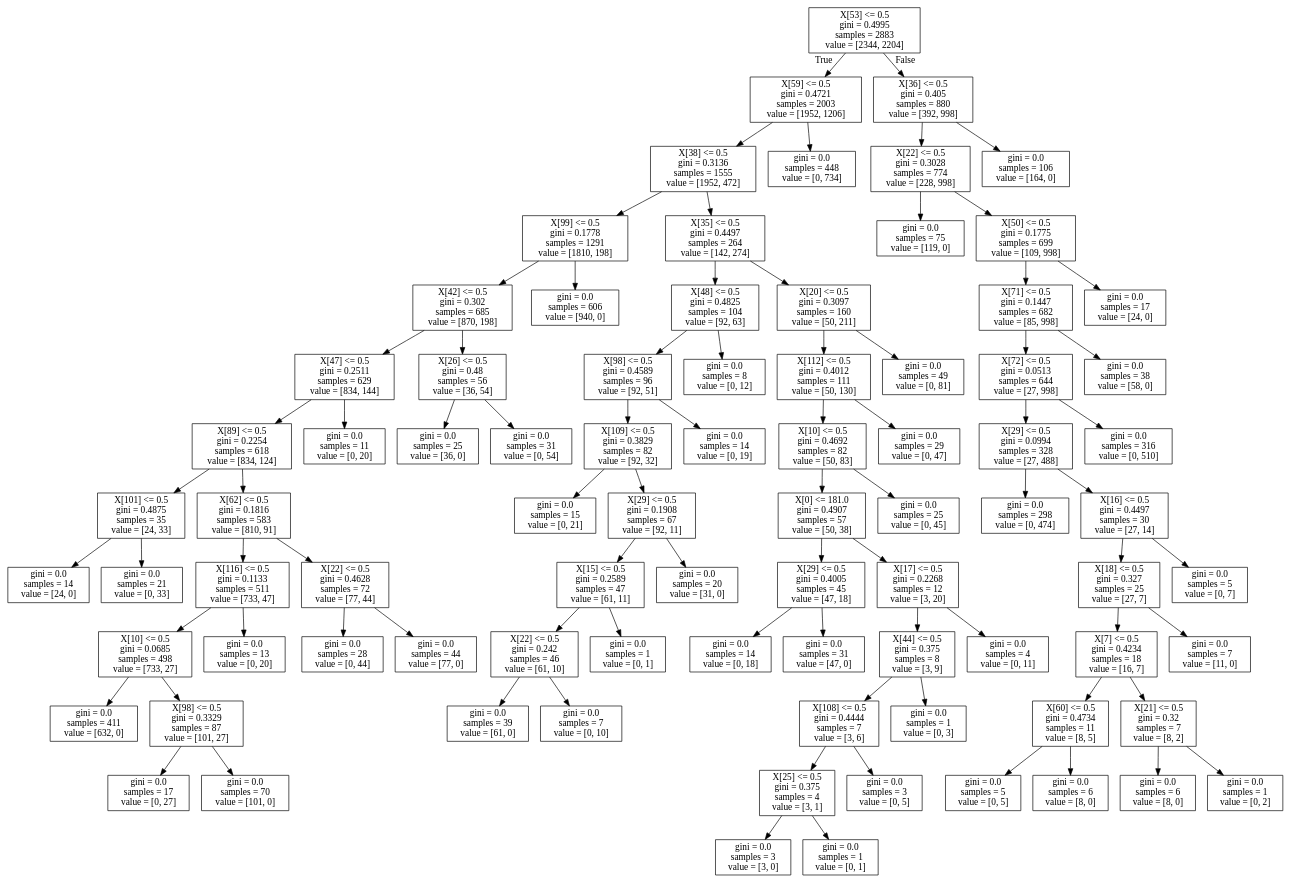
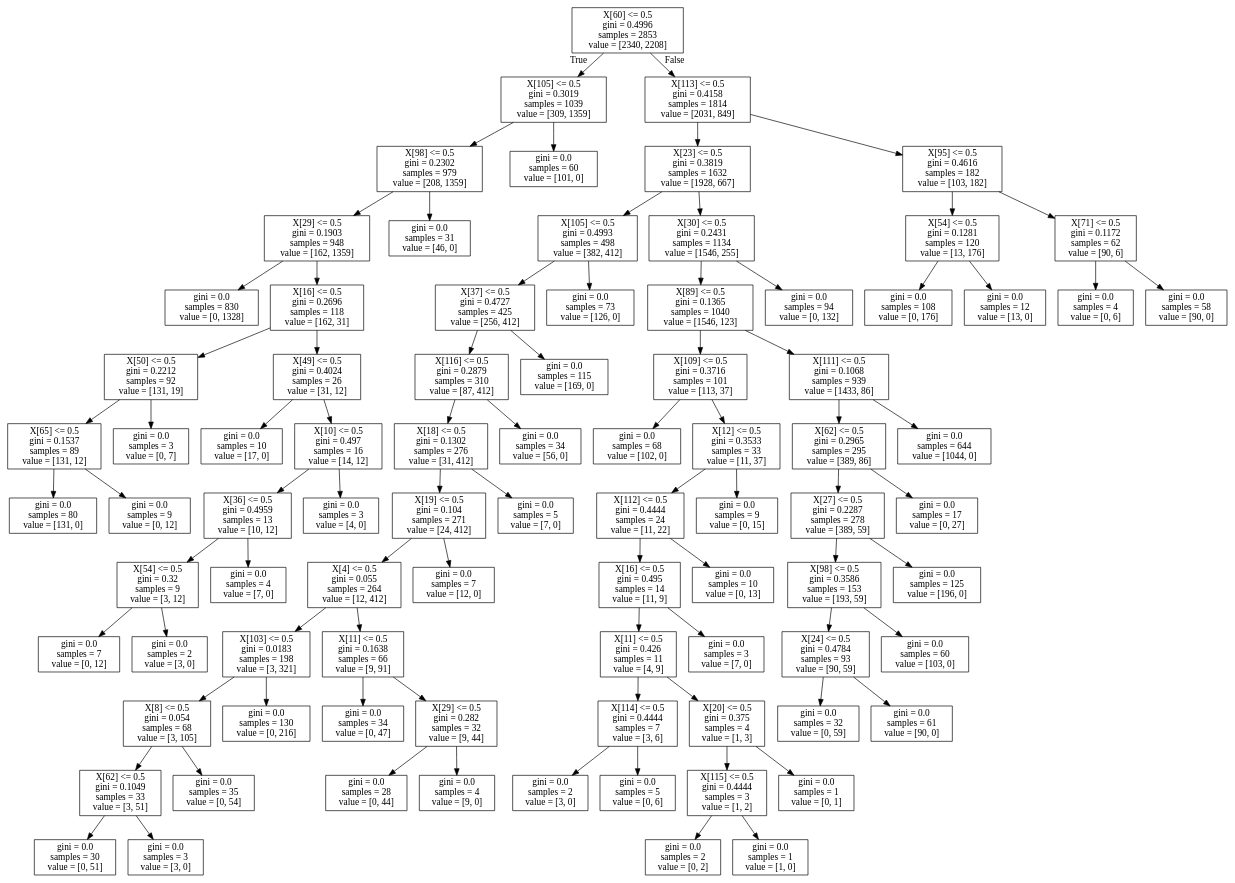
The diagram in tree_1.dot (CaptainDredge/DSG-Entry-Data-Science-Competition), drawn with Graphviz before and after one commit. The commit also changed 18 other files, not shown here.

```diff
--- a/tree_1.dot
+++ b/tree_1.dot
@@ -1,168 +1,172 @@
 digraph Tree {
 node [shape=box] ;
-0 [label="X[53] <= 0.5\ngini = 0.4995\nsamples = 2883\nvalue = [2344, 2204]"] ;
-1 [label="X[59] <= 0.5\ngini = 0.4721\nsamples = 2003\nvalue = [1952, 1206]"] ;
+0 [label="X[60] <= 0.5\ngini = 0.4996\nsamples = 2853\nvalue = [2340, 2208]"] ;
+1 [label="X[105] <= 0.5\ngini = 0.3019\nsamples = 1039\nvalue = [309, 1359]"] ;
 0 -> 1 [labeldistance=2.5, labelangle=45, headlabel="True"] ;
-2 [label="X[38] <= 0.5\ngini = 0.3136\nsamples = 1555\nvalue = [1952, 472]"] ;
+2 [label="X[98] <= 0.5\ngini = 0.2302\nsamples = 979\nvalue = [208, 1359]"] ;
 1 -> 2 ;
-3 [label="X[99] <= 0.5\ngini = 0.1778\nsamples = 1291\nvalue = [1810, 198]"] ;
+3 [label="X[29] <= 0.5\ngini = 0.1903\nsamples = 948\nvalue = [162, 1359]"] ;
 2 -> 3 ;
-4 [label="X[42] <= 0.5\ngini = 0.302\nsamples = 685\nvalue = [870, 198]"] ;
+4 [label="gini = 0.0\nsamples = 830\nvalue = [0, 1328]"] ;
 3 -> 4 ;
-5 [label="X[47] <= 0.5\ngini = 0.2511\nsamples = 629\nvalue = [834, 144]"] ;
-4 -> 5 ;
-6 [label="X[89] <= 0.5\ngini = 0.2254\nsamples = 618\nvalue = [834, 124]"] ;
+5 [label="X[16] <= 0.5\ngini = 0.2696\nsamples = 118\nvalue = [162, 31]"] ;
+3 -> 5 ;
+6 [label="X[50] <= 0.5\ngini = 0.2212\nsamples = 92\nvalue = [131, 19]"] ;
 5 -> 6 ;
-7 [label="X[101] <= 0.5\ngini = 0.4875\nsamples = 35\nvalue = [24, 33]"] ;
+7 [label="X[65] <= 0.5\ngini = 0.1537\nsamples = 89\nvalue = [131, 12]"] ;
 6 -> 7 ;
-8 [label="gini = 0.0\nsamples = 14\nvalue = [24, 0]"] ;
+8 [label="gini = 0.0\nsamples = 80\nvalue = [131, 0]"] ;
 7 -> 8 ;
-9 [label="gini = 0.0\nsamples = 21\nvalue = [0, 33]"] ;
+9 [label="gini = 0.0\nsamples = 9\nvalue = [0, 12]"] ;
 7 -> 9 ;
-10 [label="X[62] <= 0.5\ngini = 0.1816\nsamples = 583\nvalue = [810, 91]"] ;
+10 [label="gini = 0.0\nsamples = 3\nvalue = [0, 7]"] ;
 6 -> 10 ;
-11 [label="X[116] <= 0.5\ngini = 0.1133\nsamples = 511\nvalue = [733, 47]"] ;
-10 -> 11 ;
-12 [label="X[10] <= 0.5\ngini = 0.0685\nsamples = 498\nvalue = [733, 27]"] ;
+11 [label="X[49] <= 0.5\ngini = 0.4024\nsamples = 26\nvalue = [31, 12]"] ;
+5 -> 11 ;
+12 [label="gini = 0.0\nsamples = 10\nvalue = [17, 0]"] ;
 11 -> 12 ;
-13 [label="gini = 0.0\nsamples = 411\nvalue = [632, 0]"] ;
-12 -> 13 ;
-14 [label="X[98] <= 0.5\ngini = 0.3329\nsamples = 87\nvalue = [101, 27]"] ;
-12 -> 14 ;
-15 [label="gini = 0.0\nsamples = 17\nvalue = [0, 27]"] ;
+13 [label="X[10] <= 0.5\ngini = 0.497\nsamples = 16\nvalue = [14, 12]"] ;
+11 -> 13 ;
+14 [label="X[36] <= 0.5\ngini = 0.4959\nsamples = 13\nvalue = [10, 12]"] ;
+13 -> 14 ;
+15 [label="X[54] <= 0.5\ngini = 0.32\nsamples = 9\nvalue = [3, 12]"] ;
 14 -> 15 ;
-16 [label="gini = 0.0\nsamples = 70\nvalue = [101, 0]"] ;
-14 -> 16 ;
-17 [label="gini = 0.0\nsamples = 13\nvalue = [0, 20]"] ;
-11 -> 17 ;
-18 [label="X[22] <= 0.5\ngini = 0.4628\nsamples = 72\nvalue = [77, 44]"] ;
-10 -> 18 ;
-19 [label="gini = 0.0\nsamples = 28\nvalue = [0, 44]"] ;
-18 -> 19 ;
-20 [label="gini = 0.0\nsamples = 44\nvalue = [77, 0]"] ;
-18 -> 20 ;
-21 [label="gini = 0.0\nsamples = 11\nvalue = [0, 20]"] ;
-5 -> 21 ;
-22 [label="X[26] <= 0.5\ngini = 0.48\nsamples = 56\nvalue = [36, 54]"] ;
-4 -> 22 ;
-23 [label="gini = 0.0\nsamples = 25\nvalue = [36, 0]"] ;
+16 [label="gini = 0.0\nsamples = 7\nvalue = [0, 12]"] ;
+15 -> 16 ;
+17 [label="gini = 0.0\nsamples = 2\nvalue = [3, 0]"] ;
+15 -> 17 ;
+18 [label="gini = 0.0\nsamples = 4\nvalue = [7, 0]"] ;
+14 -> 18 ;
+19 [label="gini = 0.0\nsamples = 3\nvalue = [4, 0]"] ;
+13 -> 19 ;
+20 [label="gini = 0.0\nsamples = 31\nvalue = [46, 0]"] ;
+2 -> 20 ;
+21 [label="gini = 0.0\nsamples = 60\nvalue = [101, 0]"] ;
+1 -> 21 ;
+22 [label="X[113] <= 0.5\ngini = 0.4158\nsamples = 1814\nvalue = [2031, 849]"] ;
+0 -> 22 [labeldistance=2.5, labelangle=-45, headlabel="False"] ;
+23 [label="X[23] <= 0.5\ngini = 0.3819\nsamples = 1632\nvalue = [1928, 667]"] ;
 22 -> 23 ;
-24 [label="gini = 0.0\nsamples = 31\nvalue = [0, 54]"] ;
-22 -> 24 ;
-25 [label="gini = 0.0\nsamples = 606\nvalue = [940, 0]"] ;
-3 -> 25 ;
-26 [label="X[35] <= 0.5\ngini = 0.4497\nsamples = 264\nvalue = [142, 274]"] ;
-2 -> 26 ;
-27 [label="X[48] <= 0.5\ngini = 0.4825\nsamples = 104\nvalue = [92, 63]"] ;
+24 [label="X[105] <= 0.5\ngini = 0.4993\nsamples = 498\nvalue = [382, 412]"] ;
+23 -> 24 ;
+25 [label="X[37] <= 0.5\ngini = 0.4727\nsamples = 425\nvalue = [256, 412]"] ;
+24 -> 25 ;
+26 [label="X[116] <= 0.5\ngini = 0.2879\nsamples = 310\nvalue = [87, 412]"] ;
+25 -> 26 ;
+27 [label="X[18] <= 0.5\ngini = 0.1302\nsamples = 276\nvalue = [31, 412]"] ;
 26 -> 27 ;
-28 [label="X[98] <= 0.5\ngini = 0.4589\nsamples = 96\nvalue = [92, 51]"] ;
+28 [label="X[19] <= 0.5\ngini = 0.104\nsamples = 271\nvalue = [24, 412]"] ;
 27 -> 28 ;
-29 [label="X[109] <= 0.5\ngini = 0.3829\nsamples = 82\nvalue = [92, 32]"] ;
+29 [label="X[4] <= 0.5\ngini = 0.055\nsamples = 264\nvalue = [12, 412]"] ;
 28 -> 29 ;
-30 [label="gini = 0.0\nsamples = 15\nvalue = [0, 21]"] ;
+30 [label="X[103] <= 0.5\ngini = 0.0183\nsamples = 198\nvalue = [3, 321]"] ;
 29 -> 30 ;
-31 [label="X[29] <= 0.5\ngini = 0.1908\nsamples = 67\nvalue = [92, 11]"] ;
-29 -> 31 ;
-32 [label="X[15] <= 0.5\ngini = 0.2589\nsamples = 47\nvalue = [61, 11]"] ;
+31 [label="X[8] <= 0.5\ngini = 0.054\nsamples = 68\nvalue = [3, 105]"] ;
+30 -> 31 ;
+32 [label="X[62] <= 0.5\ngini = 0.1049\nsamples = 33\nvalue = [3, 51]"] ;
 31 -> 32 ;
-33 [label="X[22] <= 0.5\ngini = 0.242\nsamples = 46\nvalue = [61, 10]"] ;
+33 [label="gini = 0.0\nsamples = 30\nvalue = [0, 51]"] ;
 32 -> 33 ;
-34 [label="gini = 0.0\nsamples = 39\nvalue = [61, 0]"] ;
-33 -> 34 ;
-35 [label="gini = 0.0\nsamples = 7\nvalue = [0, 10]"] ;
-33 -> 35 ;
-36 [label="gini = 0.0\nsamples = 1\nvalue = [0, 1]"] ;
-32 -> 36 ;
-37 [label="gini = 0.0\nsamples = 20\nvalue = [31, 0]"] ;
-31 -> 37 ;
-38 [label="gini = 0.0\nsamples = 14\nvalue = [0, 19]"] ;
-28 -> 38 ;
-39 [label="gini = 0.0\nsamples = 8\nvalue = [0, 12]"] ;
-27 -> 39 ;
-40 [label="X[20] <= 0.5\ngini = 0.3097\nsamples = 160\nvalue = [50, 211]"] ;
-26 -> 40 ;
-41 [label="X[112] <= 0.5\ngini = 0.4012\nsamples = 111\nvalue = [50, 130]"] ;
-40 -> 41 ;
-42 [label="X[10] <= 0.5\ngini = 0.4692\nsamples = 82\nvalue = [50, 83]"] ;
-41 -> 42 ;
-43 [label="X[0] <= 181.0\ngini = 0.4907\nsamples = 57\nvalue = [50, 38]"] ;
-42 -> 43 ;
-44 [label="X[29] <= 0.5\ngini = 0.4005\nsamples = 45\nvalue = [47, 18]"] ;
-43 -> 44 ;
-45 [label="gini = 0.0\nsamples = 14\nvalue = [0, 18]"] ;
-44 -> 45 ;
-46 [label="gini = 0.0\nsamples = 31\nvalue = [47, 0]"] ;
-44 -> 46 ;
-47 [label="X[17] <= 0.5\ngini = 0.2268\nsamples = 12\nvalue = [3, 20]"] ;
-43 -> 47 ;
-48 [label="X[44] <= 0.5\ngini = 0.375\nsamples = 8\nvalue = [3, 9]"] ;
+34 [label="gini = 0.0\nsamples = 3\nvalue = [3, 0]"] ;
+32 -> 34 ;
+35 [label="gini = 0.0\nsamples = 35\nvalue = [0, 54]"] ;
+31 -> 35 ;
+36 [label="gini = 0.0\nsamples = 130\nvalue = [0, 216]"] ;
+30 -> 36 ;
+37 [label="X[11] <= 0.5\ngini = 0.1638\nsamples = 66\nvalue = [9, 91]"] ;
+29 -> 37 ;
+38 [label="gini = 0.0\nsamples = 34\nvalue = [0, 47]"] ;
+37 -> 38 ;
+39 [label="X[29] <= 0.5\ngini = 0.282\nsamples = 32\nvalue = [9, 44]"] ;
+37 -> 39 ;
+40 [label="gini = 0.0\nsamples = 28\nvalue = [0, 44]"] ;
+39 -> 40 ;
+41 [label="gini = 0.0\nsamples = 4\nvalue = [9, 0]"] ;
+39 -> 41 ;
+42 [label="gini = 0.0\nsamples = 7\nvalue = [12, 0]"] ;
+28 -> 42 ;
+43 [label="gini = 0.0\nsamples = 5\nvalue = [7, 0]"] ;
+27 -> 43 ;
+44 [label="gini = 0.0\nsamples = 34\nvalue = [56, 0]"] ;
+26 -> 44 ;
+45 [label="gini = 0.0\nsamples = 115\nvalue = [169, 0]"] ;
+25 -> 45 ;
+46 [label="gini = 0.0\nsamples = 73\nvalue = [126, 0]"] ;
+24 -> 46 ;
+47 [label="X[30] <= 0.5\ngini = 0.2431\nsamples = 1134\nvalue = [1546, 255]"] ;
+23 -> 47 ;
+48 [label="X[89] <= 0.5\ngini = 0.1365\nsamples = 1040\nvalue = [1546, 123]"] ;
 47 -> 48 ;
-49 [label="X[108] <= 0.5\ngini = 0.4444\nsamples = 7\nvalue = [3, 6]"] ;
+49 [label="X[109] <= 0.5\ngini = 0.3716\nsamples = 101\nvalue = [113, 37]"] ;
 48 -> 49 ;
-50 [label="X[25] <= 0.5\ngini = 0.375\nsamples = 4\nvalue = [3, 1]"] ;
+50 [label="gini = 0.0\nsamples = 68\nvalue = [102, 0]"] ;
 49 -> 50 ;
-51 [label="gini = 0.0\nsamples = 3\nvalue = [3, 0]"] ;
-50 -> 51 ;
-52 [label="gini = 0.0\nsamples = 1\nvalue = [0, 1]"] ;
-50 -> 52 ;
-53 [label="gini = 0.0\nsamples = 3\nvalue = [0, 5]"] ;
-49 -> 53 ;
-54 [label="gini = 0.0\nsamples = 1\nvalue = [0, 3]"] ;
-48 -> 54 ;
-55 [label="gini = 0.0\nsamples = 4\nvalue = [0, 11]"] ;
-47 -> 55 ;
-56 [label="gini = 0.0\nsamples = 25\nvalue = [0, 45]"] ;
-42 -> 56 ;
-57 [label="gini = 0.0\nsamples = 29\nvalue = [0, 47]"] ;
-41 -> 57 ;
-58 [label="gini = 0.0\nsamples = 49\nvalue = [0, 81]"] ;
-40 -> 58 ;
-59 [label="gini = 0.0\nsamples = 448\nvalue = [0, 734]"] ;
-1 -> 59 ;
-60 [label="X[36] <= 0.5\ngini = 0.405\nsamples = 880\nvalue = [392, 998]"] ;
-0 -> 60 [labeldistance=2.5, labelangle=-45, headlabel="False"] ;
-61 [label="X[22] <= 0.5\ngini = 0.3028\nsamples = 774\nvalue = [228, 998]"] ;
-60 -> 61 ;
-62 [label="gini = 0.0\nsamples = 75\nvalue = [119, 0]"] ;
-61 -> 62 ;
-63 [label="X[50] <= 0.5\ngini = 0.1775\nsamples = 699\nvalue = [109, 998]"] ;
-61 -> 63 ;
-64 [label="X[71] <= 0.5\ngini = 0.1447\nsamples = 682\nvalue = [85, 998]"] ;
-63 -> 64 ;
-65 [label="X[72] <= 0.5\ngini = 0.0513\nsamples = 644\nvalue = [27, 998]"] ;
-64 -> 65 ;
-66 [label="X[29] <= 0.5\ngini = 0.0994\nsamples = 328\nvalue = [27, 488]"] ;
-65 -> 66 ;
-67 [label="gini = 0.0\nsamples = 298\nvalue = [0, 474]"] ;
+51 [label="X[12] <= 0.5\ngini = 0.3533\nsamples = 33\nvalue = [11, 37]"] ;
+49 -> 51 ;
+52 [label="X[112] <= 0.5\ngini = 0.4444\nsamples = 24\nvalue = [11, 22]"] ;
+51 -> 52 ;
+53 [label="X[16] <= 0.5\ngini = 0.495\nsamples = 14\nvalue = [11, 9]"] ;
+52 -> 53 ;
+54 [label="X[11] <= 0.5\ngini = 0.426\nsamples = 11\nvalue = [4, 9]"] ;
+53 -> 54 ;
+55 [label="X[114] <= 0.5\ngini = 0.4444\nsamples = 7\nvalue = [3, 6]"] ;
+54 -> 55 ;
+56 [label="gini = 0.0\nsamples = 2\nvalue = [3, 0]"] ;
+55 -> 56 ;
+57 [label="gini = 0.0\nsamples = 5\nvalue = [0, 6]"] ;
+55 -> 57 ;
+58 [label="X[20] <= 0.5\ngini = 0.375\nsamples = 4\nvalue = [1, 3]"] ;
+54 -> 58 ;
+59 [label="X[115] <= 0.5\ngini = 0.4444\nsamples = 3\nvalue = [1, 2]"] ;
+58 -> 59 ;
+60 [label="gini = 0.0\nsamples = 2\nvalue = [0, 2]"] ;
+59 -> 60 ;
+61 [label="gini = 0.0\nsamples = 1\nvalue = [1, 0]"] ;
+59 -> 61 ;
+62 [label="gini = 0.0\nsamples = 1\nvalue = [0, 1]"] ;
+58 -> 62 ;
+63 [label="gini = 0.0\nsamples = 3\nvalue = [7, 0]"] ;
+53 -> 63 ;
+64 [label="gini = 0.0\nsamples = 10\nvalue = [0, 13]"] ;
+52 -> 64 ;
+65 [label="gini = 0.0\nsamples = 9\nvalue = [0, 15]"] ;
+51 -> 65 ;
+66 [label="X[111] <= 0.5\ngini = 0.1068\nsamples = 939\nvalue = [1433, 86]"] ;
+48 -> 66 ;
+67 [label="X[62] <= 0.5\ngini = 0.2965\nsamples = 295\nvalue = [389, 86]"] ;
 66 -> 67 ;
-68 [label="X[16] <= 0.5\ngini = 0.4497\nsamples = 30\nvalue = [27, 14]"] ;
-66 -> 68 ;
-69 [label="X[18] <= 0.5\ngini = 0.327\nsamples = 25\nvalue = [27, 7]"] ;
+68 [label="X[27] <= 0.5\ngini = 0.2287\nsamples = 278\nvalue = [389, 59]"] ;
+67 -> 68 ;
+69 [label="X[98] <= 0.5\ngini = 0.3586\nsamples = 153\nvalue = [193, 59]"] ;
 68 -> 69 ;
-70 [label="X[7] <= 0.5\ngini = 0.4234\nsamples = 18\nvalue = [16, 7]"] ;
+70 [label="X[24] <= 0.5\ngini = 0.4784\nsamples = 93\nvalue = [90, 59]"] ;
 69 -> 70 ;
-71 [label="X[60] <= 0.5\ngini = 0.4734\nsamples = 11\nvalue = [8, 5]"] ;
+71 [label="gini = 0.0\nsamples = 32\nvalue = [0, 59]"] ;
 70 -> 71 ;
-72 [label="gini = 0.0\nsamples = 5\nvalue = [0, 5]"] ;
-71 -> 72 ;
-73 [label="gini = 0.0\nsamples = 6\nvalue = [8, 0]"] ;
-71 -> 73 ;
-74 [label="X[21] <= 0.5\ngini = 0.32\nsamples = 7\nvalue = [8, 2]"] ;
-70 -> 74 ;
-75 [label="gini = 0.0\nsamples = 6\nvalue = [8, 0]"] ;
-74 -> 75 ;
-76 [label="gini = 0.0\nsamples = 1\nvalue = [0, 2]"] ;
-74 -> 76 ;
-77 [label="gini = 0.0\nsamples = 7\nvalue = [11, 0]"] ;
-69 -> 77 ;
-78 [label="gini = 0.0\nsamples = 5\nvalue = [0, 7]"] ;
-68 -> 78 ;
-79 [label="gini = 0.0\nsamples = 316\nvalue = [0, 510]"] ;
-65 -> 79 ;
-80 [label="gini = 0.0\nsamples = 38\nvalue = [58, 0]"] ;
-64 -> 80 ;
-81 [label="gini = 0.0\nsamples = 17\nvalue = [24, 0]"] ;
-63 -> 81 ;
-82 [label="gini = 0.0\nsamples = 106\nvalue = [164, 0]"] ;
-60 -> 82 ;
+72 [label="gini = 0.0\nsamples = 61\nvalue = [90, 0]"] ;
+70 -> 72 ;
+73 [label="gini = 0.0\nsamples = 60\nvalue = [103, 0]"] ;
+69 -> 73 ;
+74 [label="gini = 0.0\nsamples = 125\nvalue = [196, 0]"] ;
+68 -> 74 ;
+75 [label="gini = 0.0\nsamples = 17\nvalue = [0, 27]"] ;
+67 -> 75 ;
+76 [label="gini = 0.0\nsamples = 644\nvalue = [1044, 0]"] ;
+66 -> 76 ;
+77 [label="gini = 0.0\nsamples = 94\nvalue = [0, 132]"] ;
+47 -> 77 ;
+78 [label="X[95] <= 0.5\ngini = 0.4616\nsamples = 182\nvalue = [103, 182]"] ;
+22 -> 78 ;
+79 [label="X[54] <= 0.5\ngini = 0.1281\nsamples = 120\nvalue = [13, 176]"] ;
+78 -> 79 ;
+80 [label="gini = 0.0\nsamples = 108\nvalue = [0, 176]"] ;
+79 -> 80 ;
+81 [label="gini = 0.0\nsamples = 12\nvalue = [13, 0]"] ;
+79 -> 81 ;
+82 [label="X[71] <= 0.5\ngini = 0.1172\nsamples = 62\nvalue = [90, 6]"] ;
+78 -> 82 ;
+83 [label="gini = 0.0\nsamples = 4\nvalue = [0, 6]"] ;
+82 -> 83 ;
+84 [label="gini = 0.0\nsamples = 58\nvalue = [90, 0]"] ;
+82 -> 84 ;
 }
```
